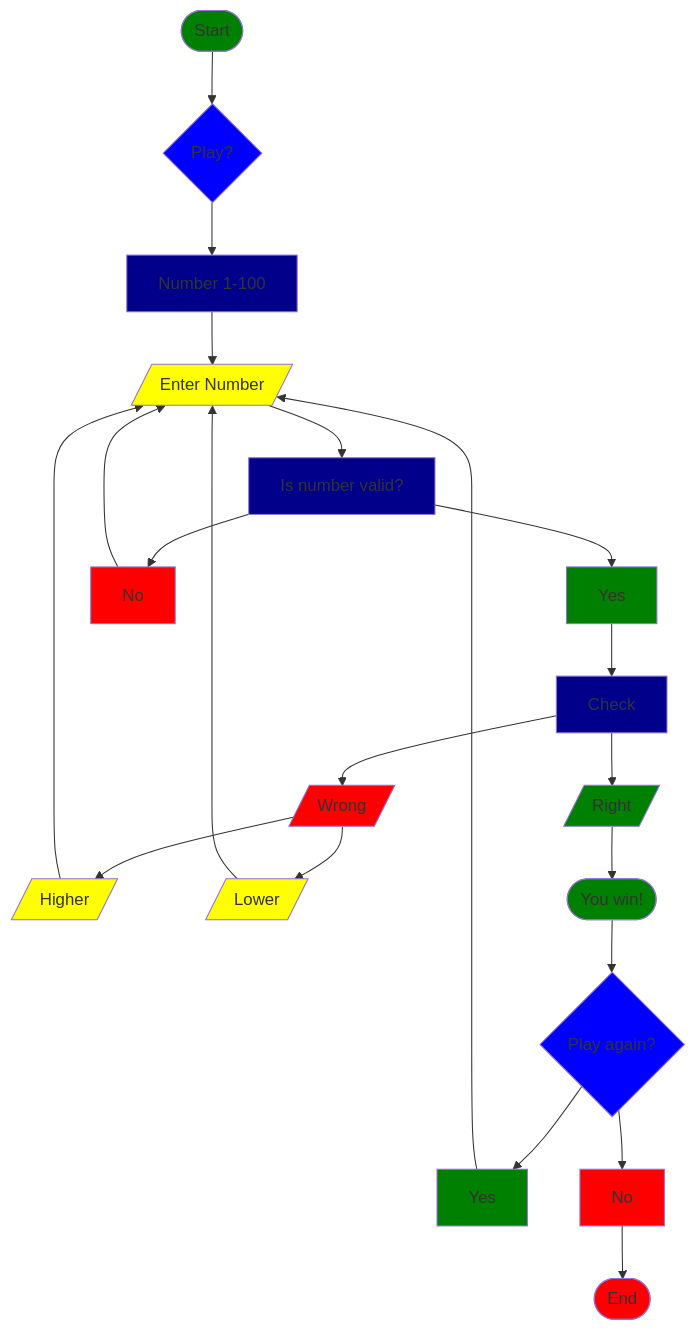
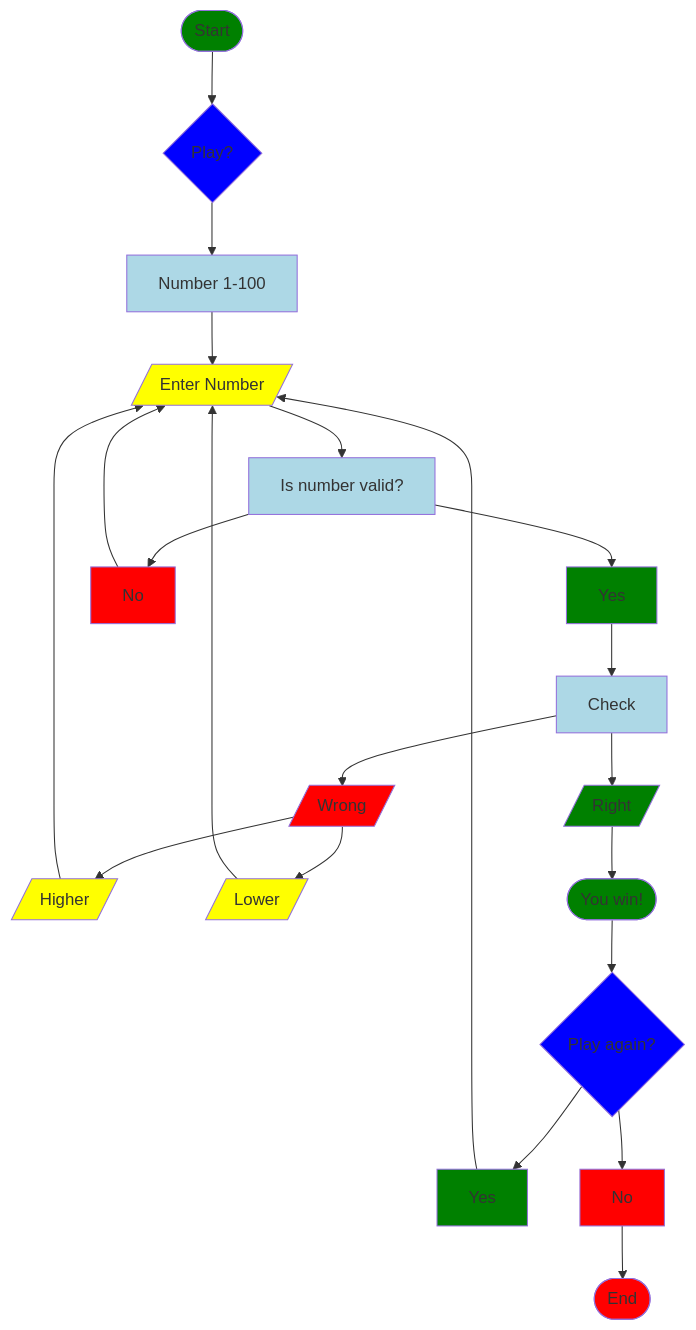
Before and after one commit to KPRMODI/KPRMODI.github.io: the diagram in Guessing.md, drawn with Mermaid.

Commit message:
Added new colors

````diff
--- a/Guessing.md
+++ b/Guessing.md
@@ -1,32 +1,32 @@
 ```mermaid
 flowchart TD
 Start([Start]) --> play{Play?} --> generate[Number 1-100]--> enter[/Enter Number/]
 enter --> check[Is number valid?] --> Yes --> compute[Check]
 check --> No --> enter
 compute --> right[/Right/]
 compute --> wrong[/Wrong/]
 wrong --> high[/Higher/] --> enter
 wrong --> low[/Lower/] --> enter
 right --> win([You win!])
 win -->playagain{Play again?} --> yes[Yes] --> enter
 playagain -->no[No] --> End([End])
 
 %% Styles
 style Start fill:green
 style Yes fill:green
 style right fill:green
 style yes fill:green
 style win fill:green
 style wrong fill:red
 style No fill:red
 style no fill:red
 style End fill:red
 style play fill:blue
 style playagain fill:blue
 style enter fill: yellow
 style high fill: yellow
 style low fill:yellow
-style check fill: darkblue
-style compute fill: darkblue
-style generate fill: darkblue
+style check fill: lightblue
+style compute fill: lightblue
+style generate fill: lightblue
 ```
````
